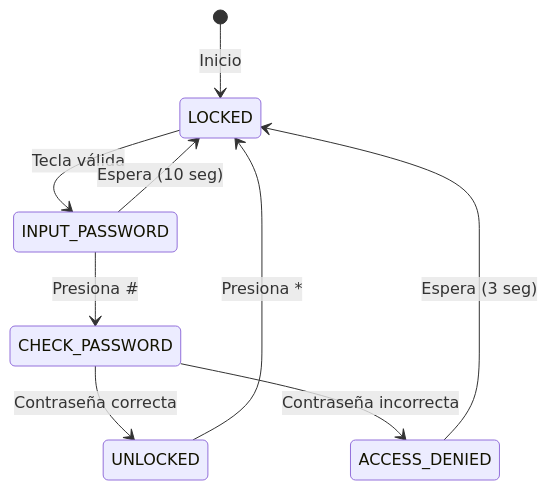
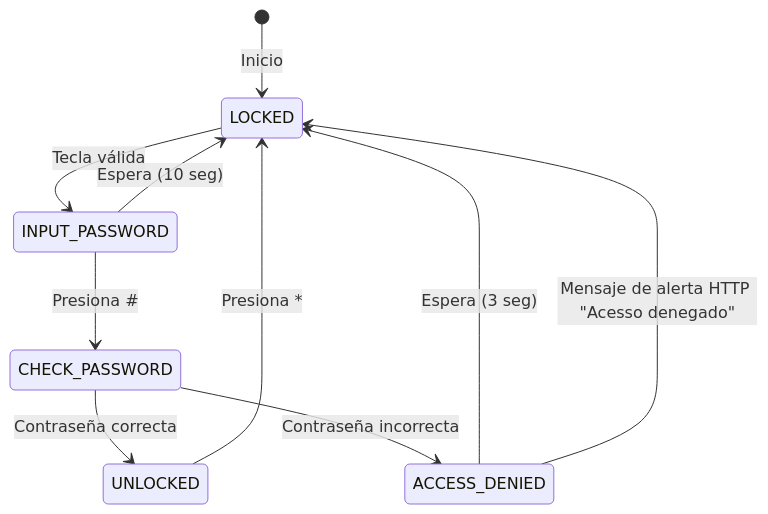
One commit to david-1192/Room_Control_Final_2025_1 changed the second of 3 diagrams in Informe.md. Above: the diagram before and after it, drawn with Mermaid.

Commit message:
Informe_f

````diff
--- a/Informe.md
+++ b/Informe.md
@@ -49,11 +49,12 @@
 ```mermaid
 stateDiagram-v2
   [*] --> LOCKED: Inicio
   LOCKED --> INPUT_PASSWORD: Tecla válida
   INPUT_PASSWORD --> CHECK_PASSWORD: Presiona #
   INPUT_PASSWORD --> LOCKED: Espera (10 seg)
   CHECK_PASSWORD --> UNLOCKED: Contraseña correcta
   CHECK_PASSWORD --> ACCESS_DENIED: Contraseña incorrecta
   UNLOCKED --> LOCKED: Presiona *
   ACCESS_DENIED --> LOCKED: Espera (3 seg)
+  ACCESS_DENIED --> LOCKED: Mensaje de alerta HTTP "Acesso denegado"
 ```
````
